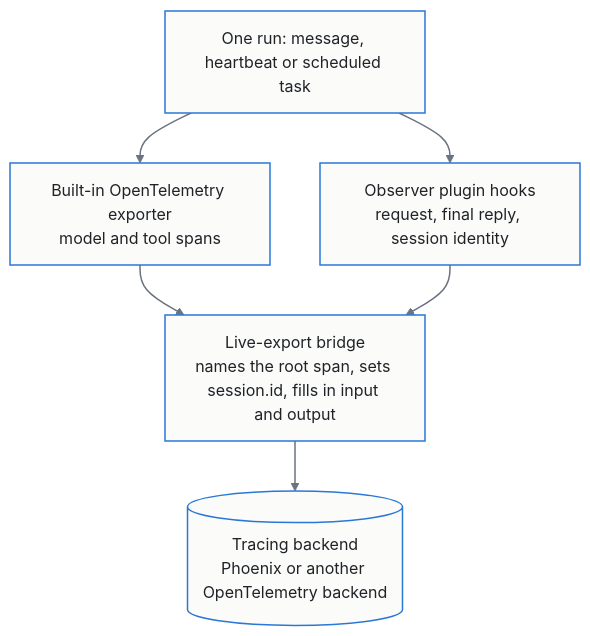
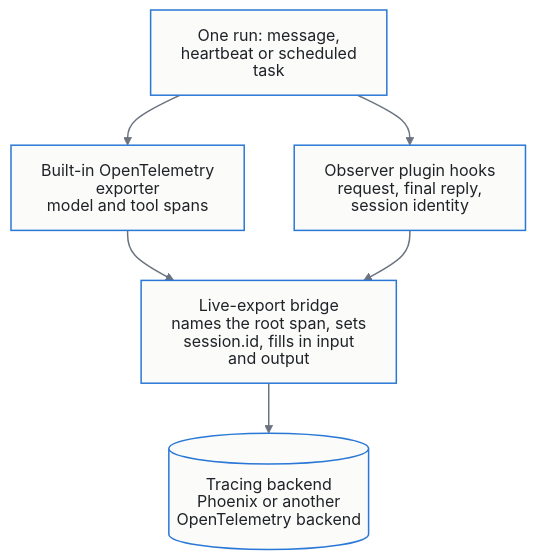
The second of 3 diagrams in README.md (tildahh/openclaw-analysis), drawn with Mermaid before and after one commit. The commit also changed other lines of this file and 14 other files, not shown here.

First line of the commit message:
Simplify the README and fix clipped diagram labels (#2)

````diff
--- a/README.md
+++ b/README.md
@@ -191,11 +203,12 @@
 ```mermaid
+%%{init: {"htmlLabels": false, "flowchart": {"htmlLabels": false}}}%%
 flowchart TB
     R["One run: message, heartbeat or scheduled task"]
     R --> N["Built-in OpenTelemetry exporter<br/>model and tool spans"]
     R --> O["Observer plugin hooks<br/>request, final reply, session identity"]
     N --> B["Live-export bridge<br/>names the root span, sets session.id, fills in input and output"]
     O --> B
     B --> P[("Tracing backend<br/>Phoenix or another OpenTelemetry backend")]
     classDef default fill:#FBFBF9,stroke:#2A78D6,stroke-width:1.5px,color:#1F2328
     linkStyle default stroke:#6B7280,stroke-width:1.5px
 ```
````
